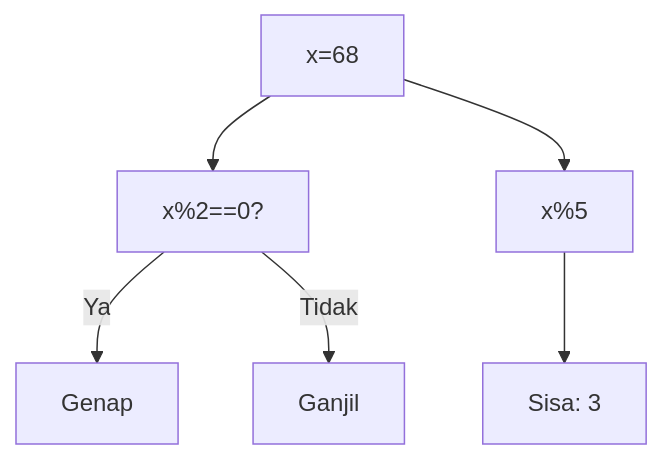
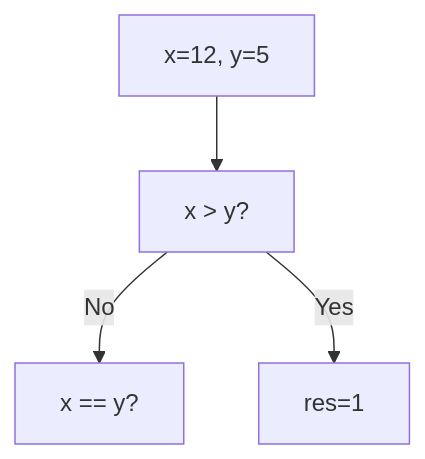
One commit to amnahwaida/OSNK_INF_PREP changed diagram 18 of 25 in part-c-pemahaman-cpp/02-percabangan/latihan/set-02.md. Above: the diagram before and after it, drawn with Mermaid. The commit also changed other lines of this file and 71 other files, not shown here.

````diff
--- a/part-c-pemahaman-cpp/02-percabangan/latihan/set-02.md
+++ b/part-c-pemahaman-cpp/02-percabangan/latihan/set-02.md
@@ -515,8 +509,6 @@
 ```mermaid
 graph TD
-A["x=68"] --> B["x%2==0?"]
-B -- Ya --> C["Genap"]
-B -- Tidak --> D["Ganjil"]
-A --> E["x%5"]
-E --> F["Sisa: 3"]
+A["x=12, y=5"] --> B["x > y?"]
+B -- No --> C["x == y?"]
+B -- Yes --> D[res=1]
 ```
````
